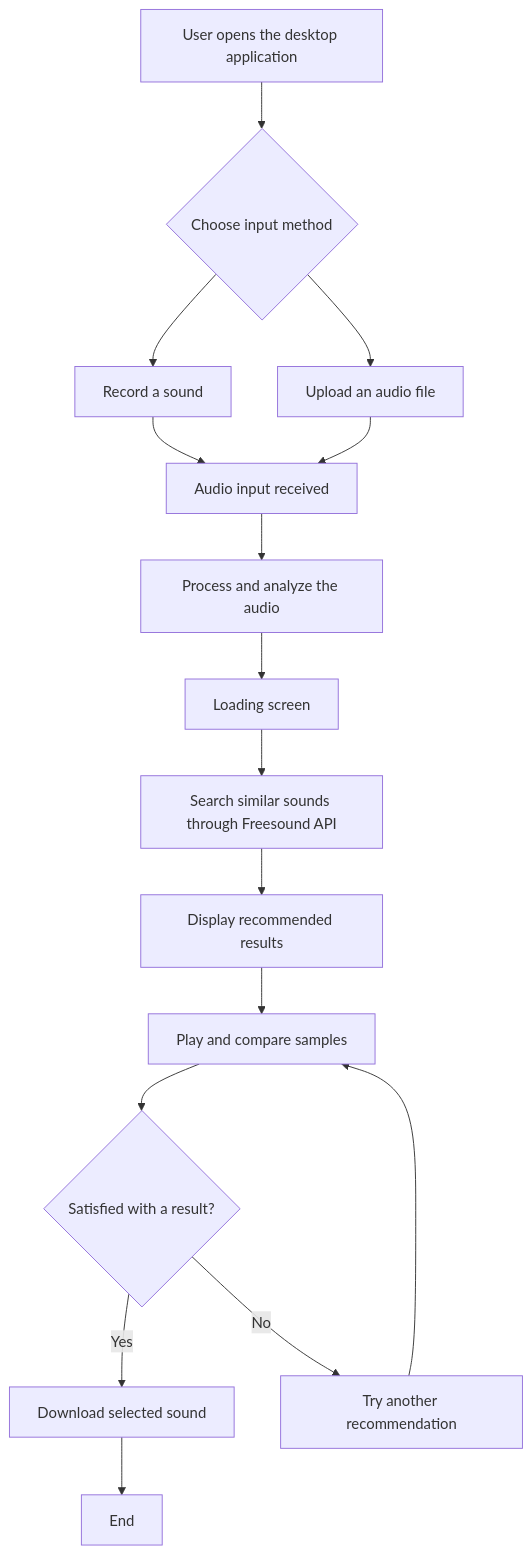
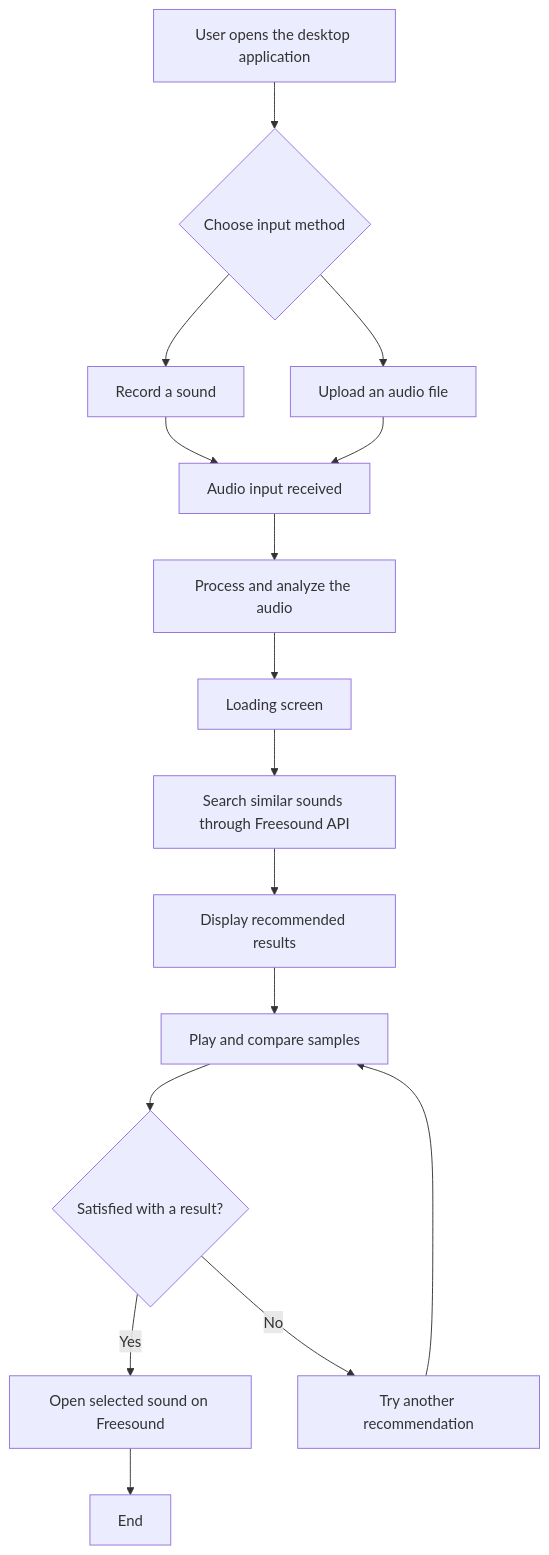
Before and after one commit to u232017/Voice2Sample: the diagram in Graphic interface/interface-flow.md, drawn with Mermaid. The commit also changed other lines of this file and 23 other files, not shown here.

First line of the commit message:
Refactor UI flow, upload, and README

````diff
--- a/Graphic interface/interface-flow.md
+++ b/Graphic interface/interface-flow.md
@@ -12,24 +12,24 @@
 ```mermaid
 flowchart TD
     A[User opens the desktop application] --> B{Choose input method}
     B --> C[Record a sound]
     B --> D[Upload an audio file]
 
     C --> E[Audio input received]
     D --> E
 
     E --> F[Process and analyze the audio]
     F --> G[Loading screen]
     G --> H[Search similar sounds through Freesound API]
 
     H --> I[Display recommended results]
 
     I --> J[Play and compare samples]
     J --> K{Satisfied with a result?}
 
-    K -->|Yes| L[Download selected sound]
+    K -->|Yes| L[Open selected sound on Freesound]
     K -->|No| M[Try another recommendation]
     M --> J
 
     L --> N[End]
 ```
````
